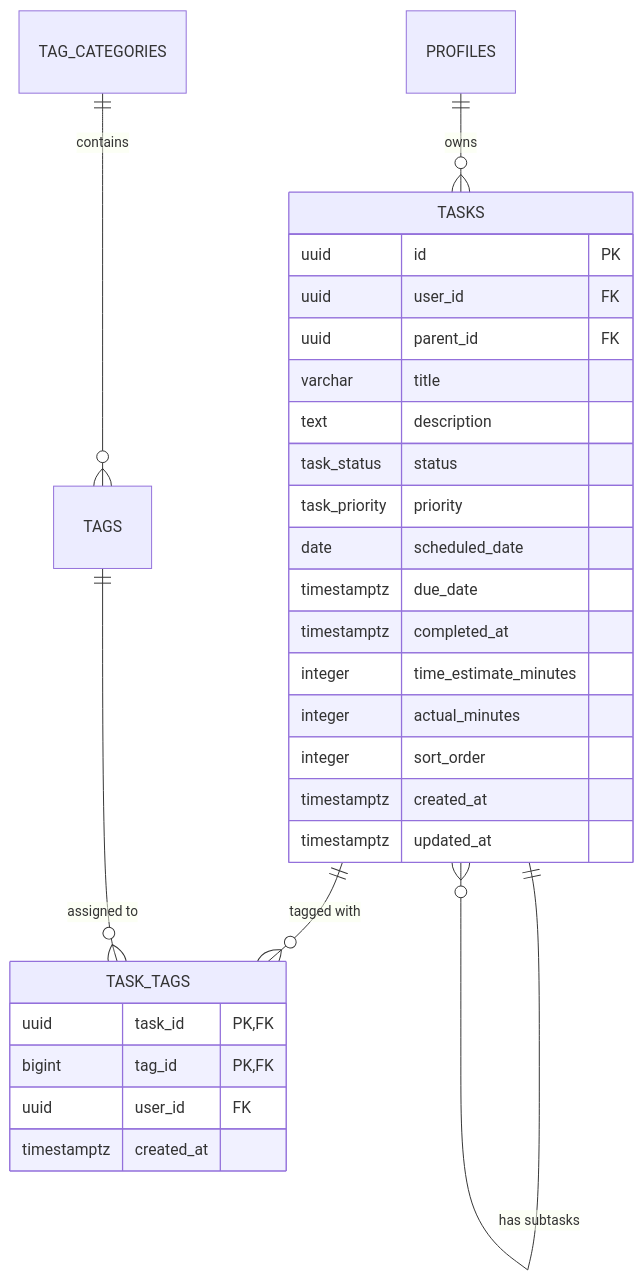
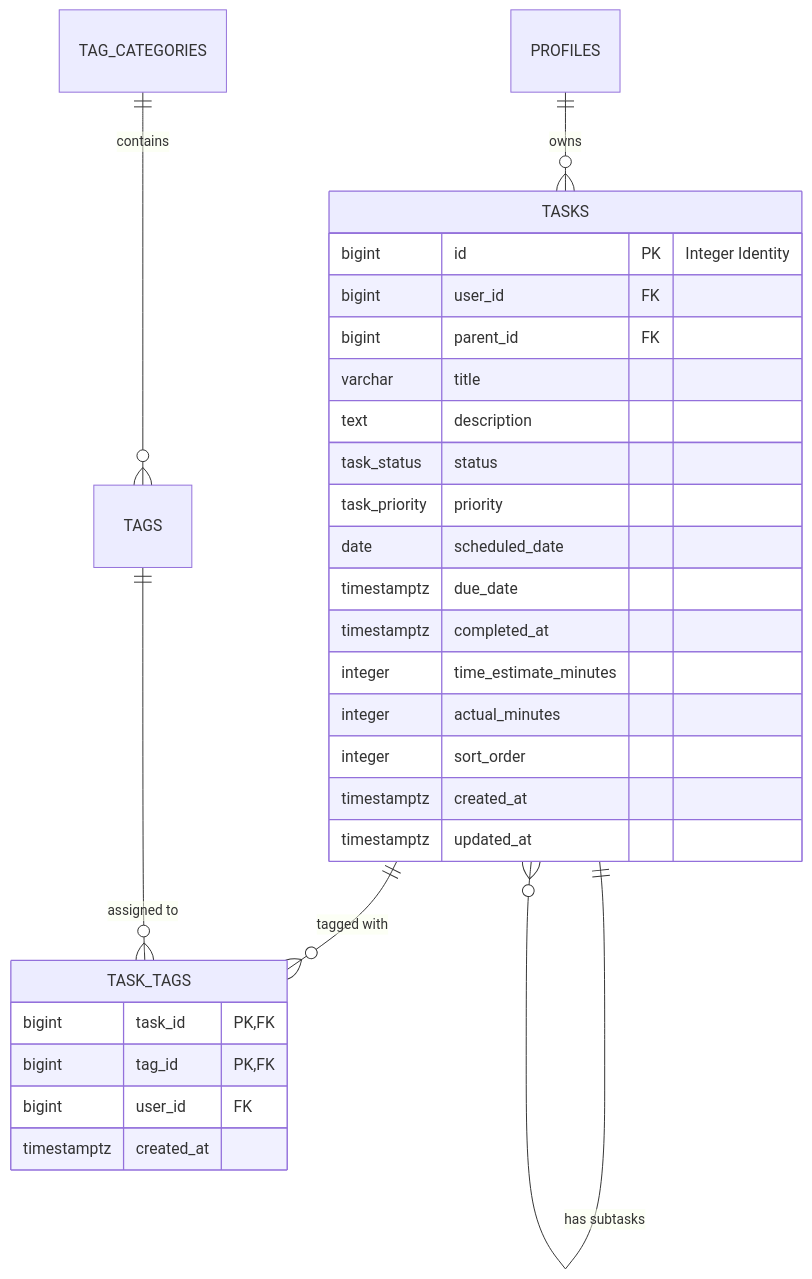
Before and after one commit to marceldavidbaroi/The-Commons: the diagram in docs/features/tasks/02-data-model.md, drawn with Mermaid. The commit also changed other lines of this file and 46 other files, not shown here.

````diff
--- a/docs/features/tasks/02-data-model.md
+++ b/docs/features/tasks/02-data-model.md
@@ -5,33 +5,33 @@
 ```mermaid
 erDiagram
     PROFILES ||--o{ TASKS : "owns"
     TASKS ||--o{ TASKS : "has subtasks"
     TASKS ||--o{ TASK_TAGS : "tagged with"
     TAGS ||--o{ TASK_TAGS : "assigned to"
     TAG_CATEGORIES ||--o{ TAGS : "contains"
 
     TASKS {
-        uuid id PK
-        uuid user_id FK
-        uuid parent_id FK
+        bigint id PK "Integer Identity"
+        bigint user_id FK
+        bigint parent_id FK
         varchar title
         text description
         task_status status
         task_priority priority
         date scheduled_date
         timestamptz due_date
         timestamptz completed_at
         integer time_estimate_minutes
         integer actual_minutes
         integer sort_order
         timestamptz created_at
         timestamptz updated_at
     }
 
     TASK_TAGS {
-        uuid task_id PK, FK
+        bigint task_id PK, FK
         bigint tag_id PK, FK
-        uuid user_id FK
+        bigint user_id FK
         timestamptz created_at
     }
 ```
````
